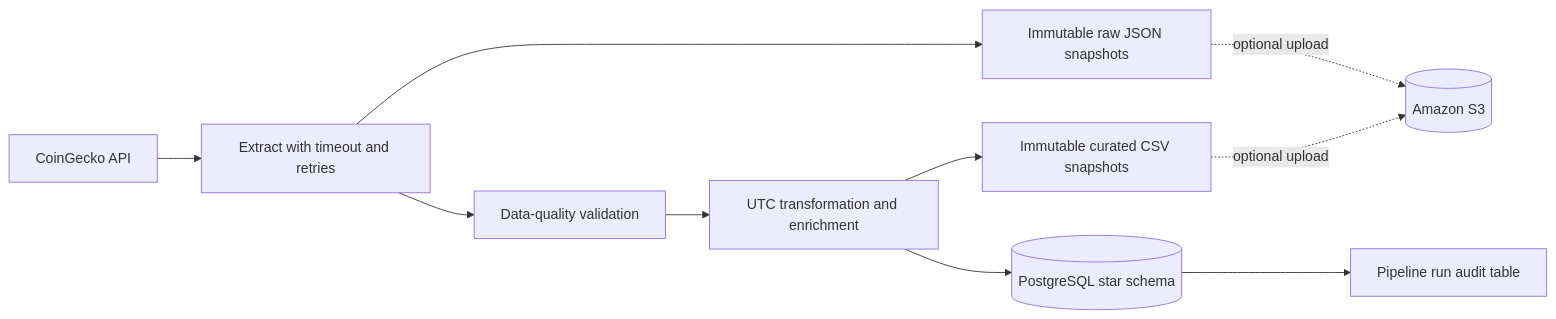
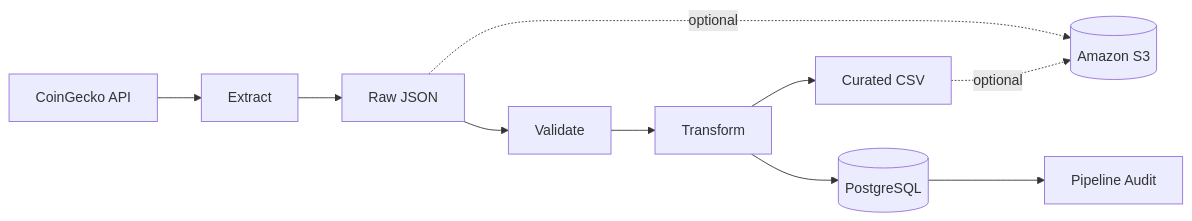
One commit to JENILKHUNT99/CryptoCurrency_ETL changed the first of 2 diagrams in README.md. Above: the diagram before and after it, drawn with Mermaid. The commit also changed other lines of this file and 12 other files, not shown here.

````diff
--- a/README.md
+++ b/README.md
@@ -11,12 +7,12 @@
 ```mermaid
 flowchart LR
-    API[CoinGecko API] --> EX[Extract with timeout and retries]
-    EX --> RAW[Immutable raw JSON snapshots]
-    EX --> V[Data-quality validation]
-    V --> T[UTC transformation and enrichment]
-    T --> CURATED[Immutable curated CSV snapshots]
-    T --> DB[(PostgreSQL star schema)]
-    DB --> AUDIT[Pipeline run audit table]
-    RAW -. optional upload .-> S3[(Amazon S3)]
-    CURATED -. optional upload .-> S3
+    API[CoinGecko API] --> EXTRACT[Extract]
+    EXTRACT --> RAW[Raw JSON]
+    RAW --> VALIDATE[Validate]
+    VALIDATE --> TRANSFORM[Transform]
+    TRANSFORM --> CURATED[Curated CSV]
+    TRANSFORM --> DB[(PostgreSQL)]
+    RAW -. optional .-> S3[(Amazon S3)]
+    CURATED -. optional .-> S3
+    DB --> AUDIT[Pipeline Audit]
 ```
````
